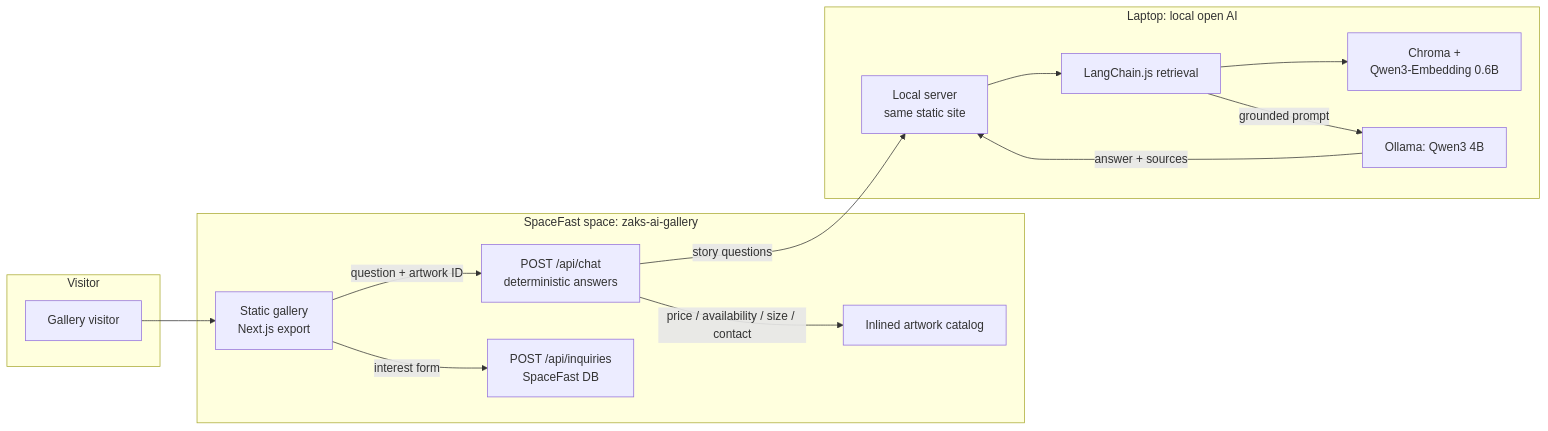
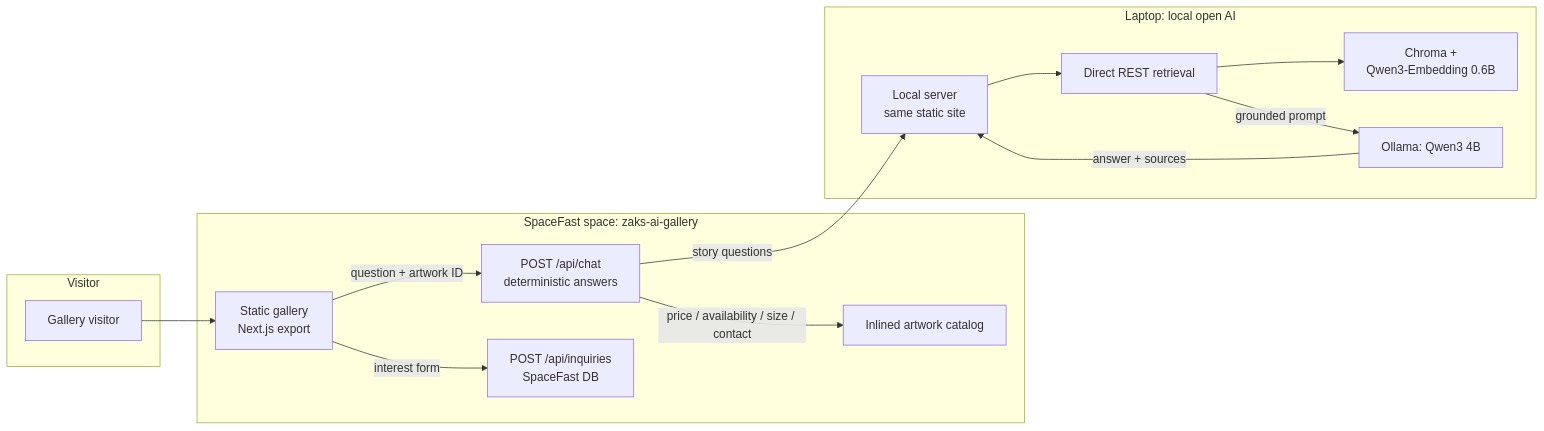
The diagram in README.md (Mike-Demo/zaks-ai-gallery), drawn with Mermaid before and after one commit. The commit also changed other lines of this file, not shown here.

````diff
--- a/README.md
+++ b/README.md
@@ -29,26 +29,26 @@
 ```mermaid
 flowchart LR
     subgraph Visitor
         A[Gallery visitor]
     end
     subgraph SpaceFast[SpaceFast space: zaks-ai-gallery]
         B[Static gallery<br/>Next.js export]
         C[POST /api/chat<br/>deterministic answers]
         D[POST /api/inquiries<br/>SpaceFast DB]
         E[Inlined artwork catalog]
     end
     subgraph LocalAI[Laptop: local open AI]
         F[Local server<br/>same static site]
-        G[LangChain.js retrieval]
+        G[Direct REST retrieval]
         H[Chroma +<br/>Qwen3-Embedding 0.6B]
         I[Ollama: Qwen3 4B]
     end
     A --> B
     B -->|question + artwork ID| C
     C -->|price / availability / size / contact| E
     C -->|story questions| F
     F --> G --> H
     G -->|grounded prompt| I
     I -->|answer + sources| F
     B -->|interest form| D
 ```
````
